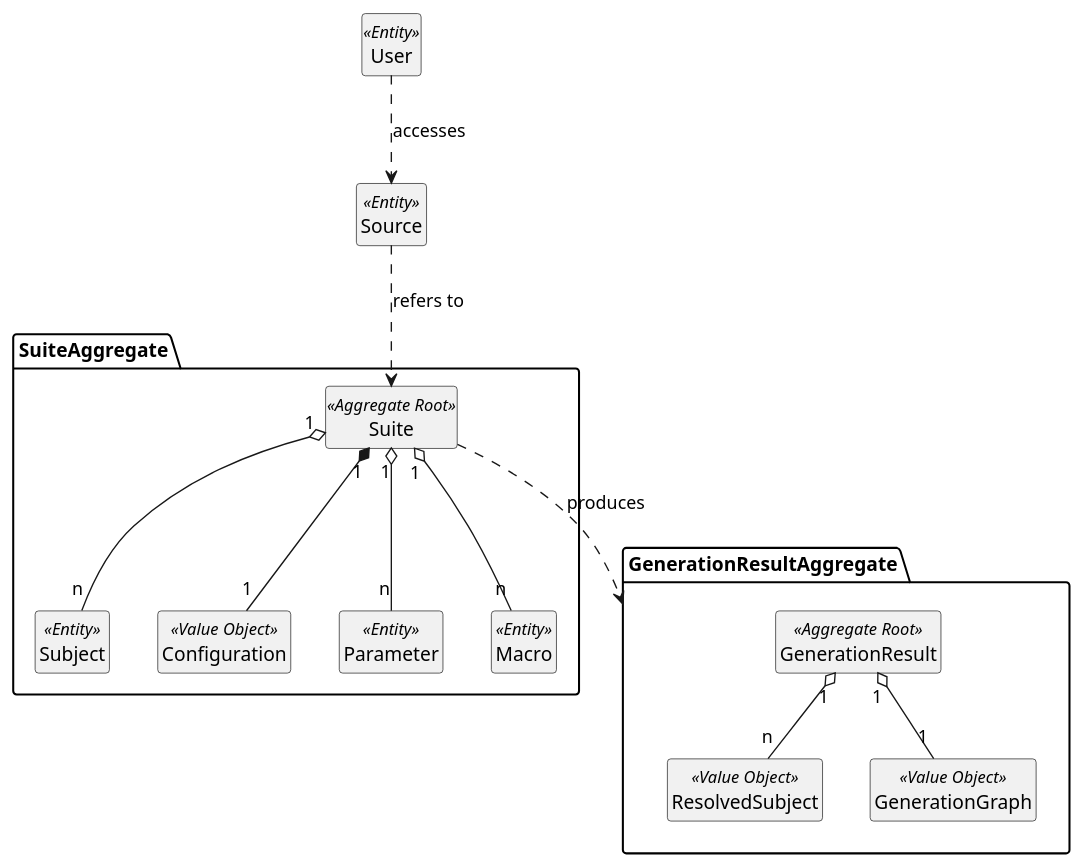
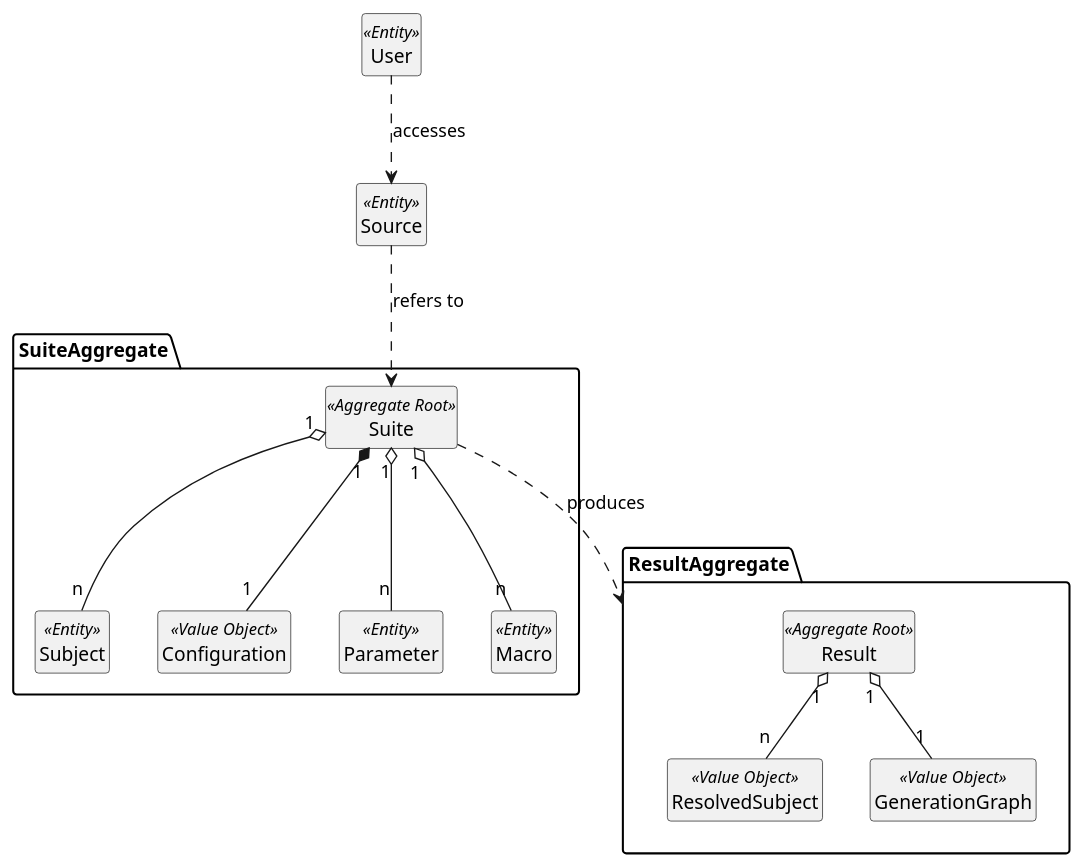
One commit to mini-roostico/subjekt-doc changed the third of 8 diagrams in Writerside/topics/Domain-Driven-Design.md. Above: the diagram before and after it, drawn with PlantUML. The commit also changed other lines of this file, not shown here.

````diff
--- a/Writerside/topics/Domain-Driven-Design.md
+++ b/Writerside/topics/Domain-Driven-Design.md
@@ -211,42 +211,42 @@
 ```plantuml
 @startuml
 hide empty members
 hide <<Entity>> circle
 hide <<Value Object>> circle
 hide <<Factory>> circle
 hide <<Service>> circle
 hide <<Domain Event>> circle
 hide <<Aggregate Root>> circle
 hide <<Repository>> circle
 
 package SuiteAggregate  {
     class Suite <<Aggregate Root>>
 
     Suite "1" o-- "n" Subject
     Suite "1" *-- "1" Configuration
     Suite "1" o-- "n" Parameter
     Suite "1" o-- "n" Macro
 
     class Subject <<Entity>>
     class Configuration <<Value Object>>
     class Parameter <<Entity>>
     class Macro <<Entity>>
 }
 
 class sourceSubjekt as "Source" <<Entity>>
 class User <<Entity>>
 
 sourceSubjekt ..> Suite : "refers to"
-Suite ..> GenerationResultAggregate : "produces"
+Suite ..> ResultAggregate : "produces"
 
 User ..> sourceSubjekt : "accesses"
 
-package GenerationResultAggregate {
-    class GenerationResult <<Aggregate Root>>
+package ResultAggregate {
+    class Result <<Aggregate Root>>
     class ResolvedSubject <<Value Object>>
     class GenerationGraph <<Value Object>>
     
-    GenerationResult "1" o-- "n" ResolvedSubject
-    GenerationResult "1" o-- "1" GenerationGraph
+    Result "1" o-- "n" ResolvedSubject
+    Result "1" o-- "1" GenerationGraph
 @enduml
 ```
````
